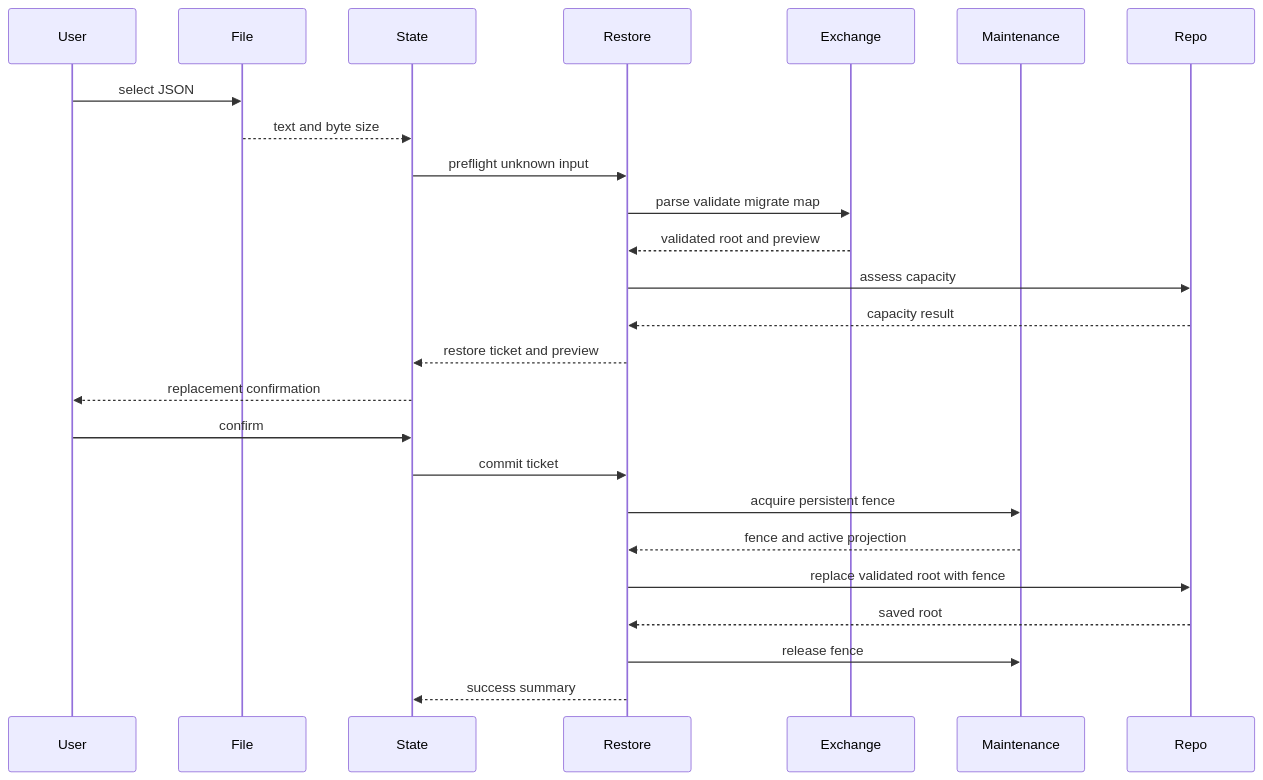
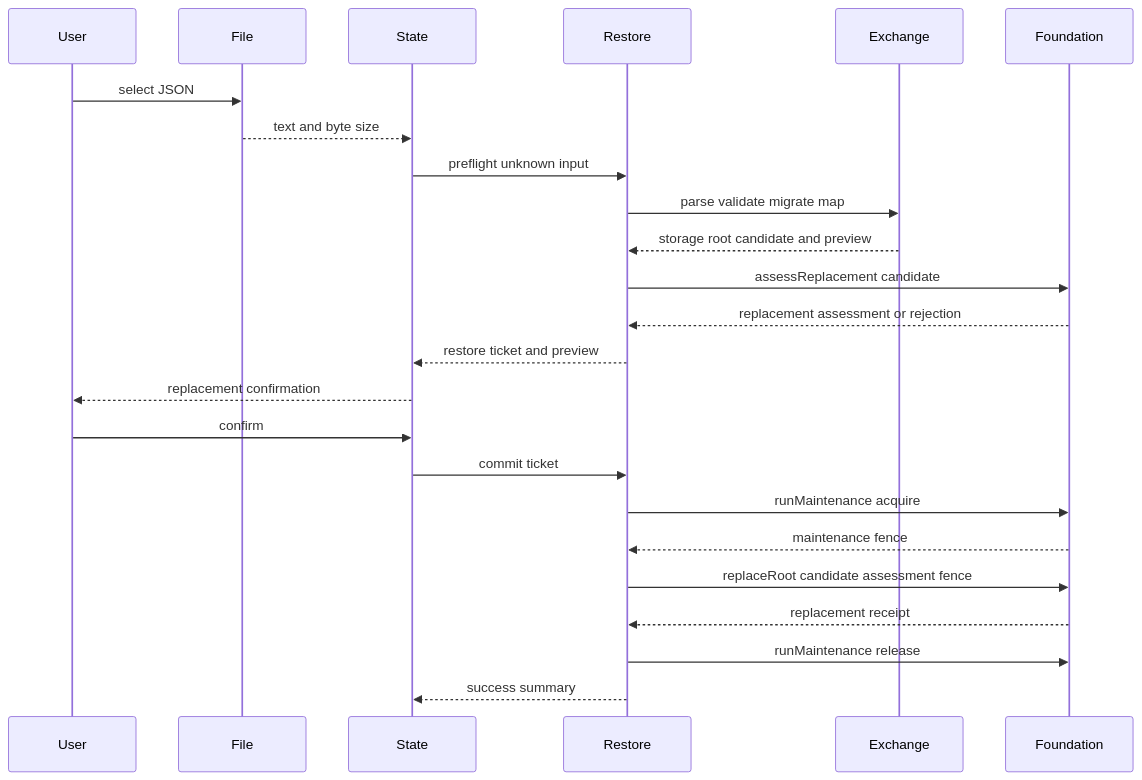
The third of 3 diagrams in .kiro/specs/backup-restore/design.md (Huruikagi/pc-build-planner), drawn with Mermaid before and after one commit. The commit also changed other lines of this file and 2 other files, not shown here.

First line of the commit message:
docs(backup-restore): 設計と実装タスクをFoundationDataPort消費前提へ修正する

````diff
--- a/.kiro/specs/backup-restore/design.md
+++ b/.kiro/specs/backup-restore/design.md
@@ -141,27 +141,26 @@
 ```mermaid
 sequenceDiagram
     participant User
     participant File
     participant State
     participant Restore
     participant Exchange
-    participant Maintenance
-    participant Repo
+    participant Foundation
     User->>File: select JSON
     File-->>State: text and byte size
     State->>Restore: preflight unknown input
     Restore->>Exchange: parse validate migrate map
-    Exchange-->>Restore: validated root and preview
-    Restore->>Repo: assess capacity
-    Repo-->>Restore: capacity result
+    Exchange-->>Restore: storage root candidate and preview
+    Restore->>Foundation: assessReplacement candidate
+    Foundation-->>Restore: replacement assessment or rejection
     Restore-->>State: restore ticket and preview
     State-->>User: replacement confirmation
     User->>State: confirm
     State->>Restore: commit ticket
-    Restore->>Maintenance: acquire persistent fence
-    Maintenance-->>Restore: fence and active projection
-    Restore->>Repo: replace validated root with fence
-    Repo-->>Restore: saved root
-    Restore->>Maintenance: release fence
+    Restore->>Foundation: runMaintenance acquire
+    Foundation-->>Restore: maintenance fence
+    Restore->>Foundation: replaceRoot candidate assessment fence
+    Foundation-->>Restore: replacement receipt
+    Restore->>Foundation: runMaintenance release
     Restore-->>State: success summary
 ```
````
